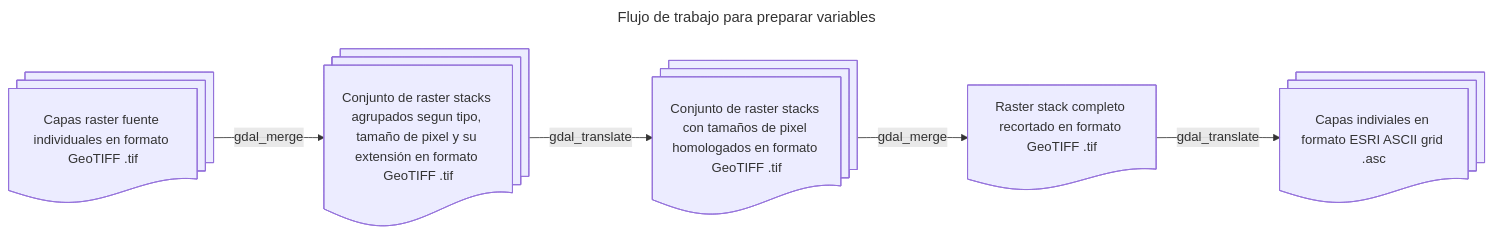
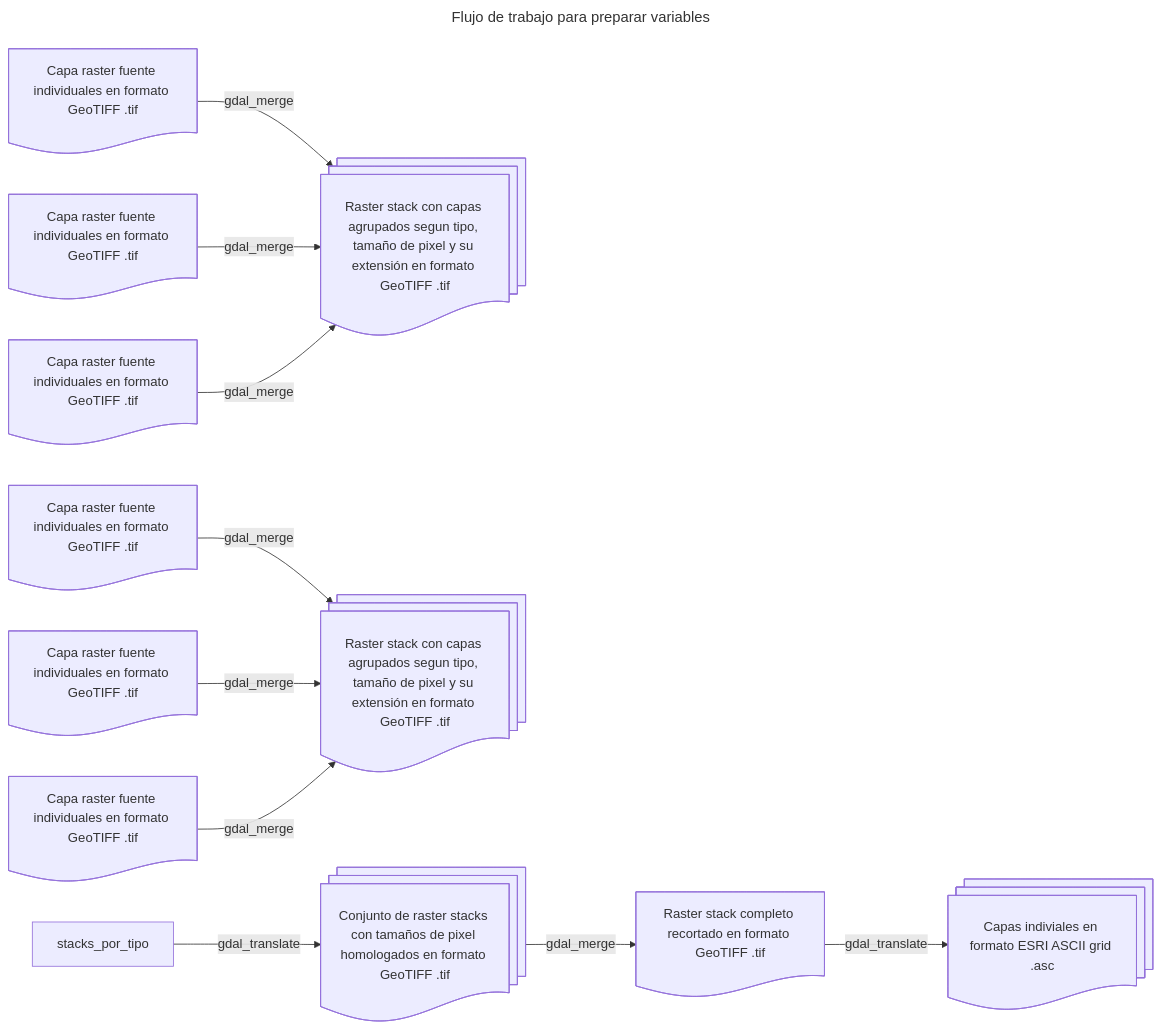
The diagram in 2025_variables/variable_workflow.mermaid (vshalisko/SDM), drawn with Mermaid before and after one commit.

```diff
--- a/2025_variables/variable_workflow.mermaid
+++ b/2025_variables/variable_workflow.mermaid
@@ -1,13 +1,24 @@
 ---
 title: Flujo de trabajo para preparar variables
 ---
 flowchart LR
-  rasters_fuente@{shape: docs, label: "Capas raster fuente individuales en formato GeoTIFF .tif"}
-  stacks_por_tipo@{shape: docs, label: "Conjunto de raster stacks agrupados segun tipo, tamaño de pixel y su extensión en formato GeoTIFF .tif"}
+  raster_fuente1@{shape: doc, label: "Capa raster fuente individuales en formato GeoTIFF .tif"}
+  raster_fuente2@{shape: doc, label: "Capa raster fuente individuales en formato GeoTIFF .tif"}
+  raster_fuente3@{shape: doc, label: "Capa raster fuente individuales en formato GeoTIFF .tif"}
+  raster_fuente4@{shape: doc, label: "Capa raster fuente individuales en formato GeoTIFF .tif"}
+  raster_fuente5@{shape: doc, label: "Capa raster fuente individuales en formato GeoTIFF .tif"}
+  raster_fuente6@{shape: doc, label: "Capa raster fuente individuales en formato GeoTIFF .tif"}
+  stack_por_tipo1@{shape: docs, label: "Raster stack con capas agrupados segun tipo, tamaño de pixel y su extensión en formato GeoTIFF .tif"}
+  stack_por_tipo2@{shape: docs, label: "Raster stack con capas agrupados segun tipo, tamaño de pixel y su extensión en formato GeoTIFF .tif"}
   stacks_homologados@{shape: docs, label: "Conjunto de raster stacks con tamaños de pixel homologados en formato GeoTIFF .tif"}
   stack_completo@{shape: doc, label: "Raster stack completo recortado en formato GeoTIFF .tif"}
   asc@{shape: docs, label: "Capas indiviales en formato ESRI ASCII grid .asc"}
-  rasters_fuente --gdal_merge--> stacks_por_tipo 
+  raster_fuente1 --gdal_merge--> stack_por_tipo1 
+  raster_fuente2 --gdal_merge--> stack_por_tipo1 
+  raster_fuente3 --gdal_merge--> stack_por_tipo1 
+  raster_fuente4 --gdal_merge--> stack_por_tipo2 
+  raster_fuente5 --gdal_merge--> stack_por_tipo2 
+  raster_fuente6 --gdal_merge--> stack_por_tipo2 
   stacks_por_tipo --gdal_translate--> stacks_homologados
   stacks_homologados --gdal_merge--> stack_completo
   stack_completo --gdal_translate--> asc 
```
